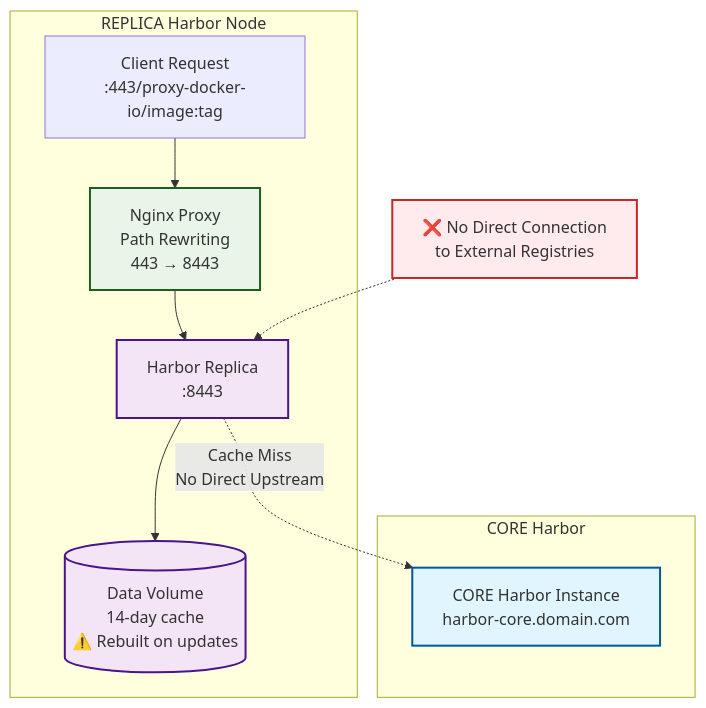
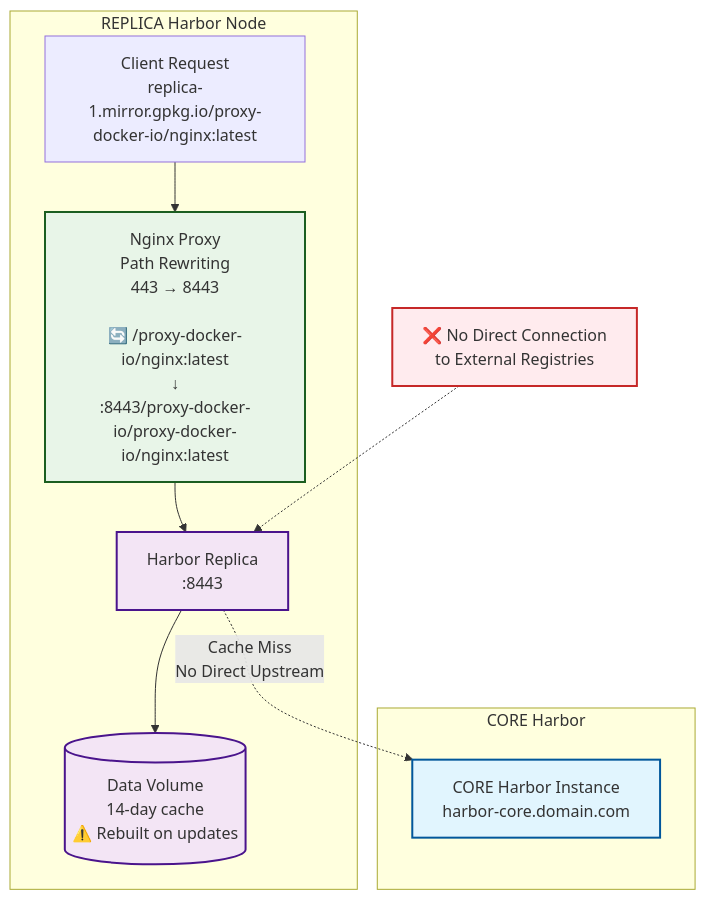
The third of 3 diagrams in README.md (GlueOps/aio-harbor-registry-cache), drawn with Mermaid before and after one commit. The commit also changed other lines of this file, not shown here.

````diff
--- a/README.md
+++ b/README.md
@@ -83,33 +83,33 @@
 ```mermaid
 graph TB
     subgraph "CORE Harbor"
         CoreHarbor[CORE Harbor Instance<br/>harbor-core.domain.com]
     end
     
     subgraph "REPLICA Harbor Node"
-        Client[Client Request<br/>:443/proxy-docker-io/image:tag]
-        Nginx[Nginx Proxy<br/>Path Rewriting<br/>443 → 8443]
+        Client[Client Request<br/>replica-1.mirror.gpkg.io/proxy-docker-io/nginx:latest]
+        Nginx[Nginx Proxy<br/>Path Rewriting<br/>443 → 8443<br/><br/>🔄 /proxy-docker-io/nginx:latest<br/>↓<br/>:8443/proxy-docker-io/proxy-docker-io/nginx:latest]
         Harbor[Harbor Replica<br/>:8443]
         Storage[(Data Volume<br/>14-day cache<br/>⚠️ Rebuilt on updates)]
     end
     
     Client --> Nginx
     Nginx --> Harbor
     Harbor --> Storage
     Harbor -.->|Cache Miss<br/>No Direct Upstream| CoreHarbor
     
     note1[❌ No Direct Connection<br/>to External Registries]
     note1 -.-> Harbor
     
     classDef core fill:#e1f5fe,stroke:#01579b,stroke-width:2px
     classDef proxy fill:#e8f5e8,stroke:#1b5e20,stroke-width:2px
     classDef replica fill:#f3e5f5,stroke:#4a148c,stroke-width:2px
     classDef storage fill:#f3e5f5,stroke:#4a148c,stroke-width:2px
     classDef warning fill:#ffebee,stroke:#c62828,stroke-width:2px
     
     class CoreHarbor core
     class Nginx proxy
     class Harbor replica
     class Storage storage
     class note1 warning
 ```
````
